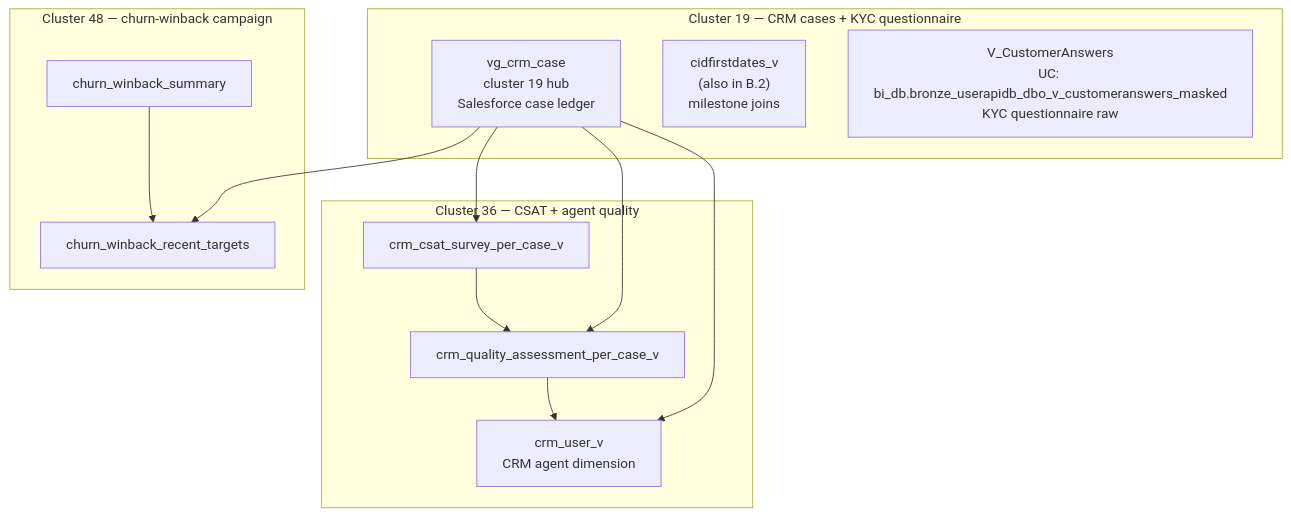
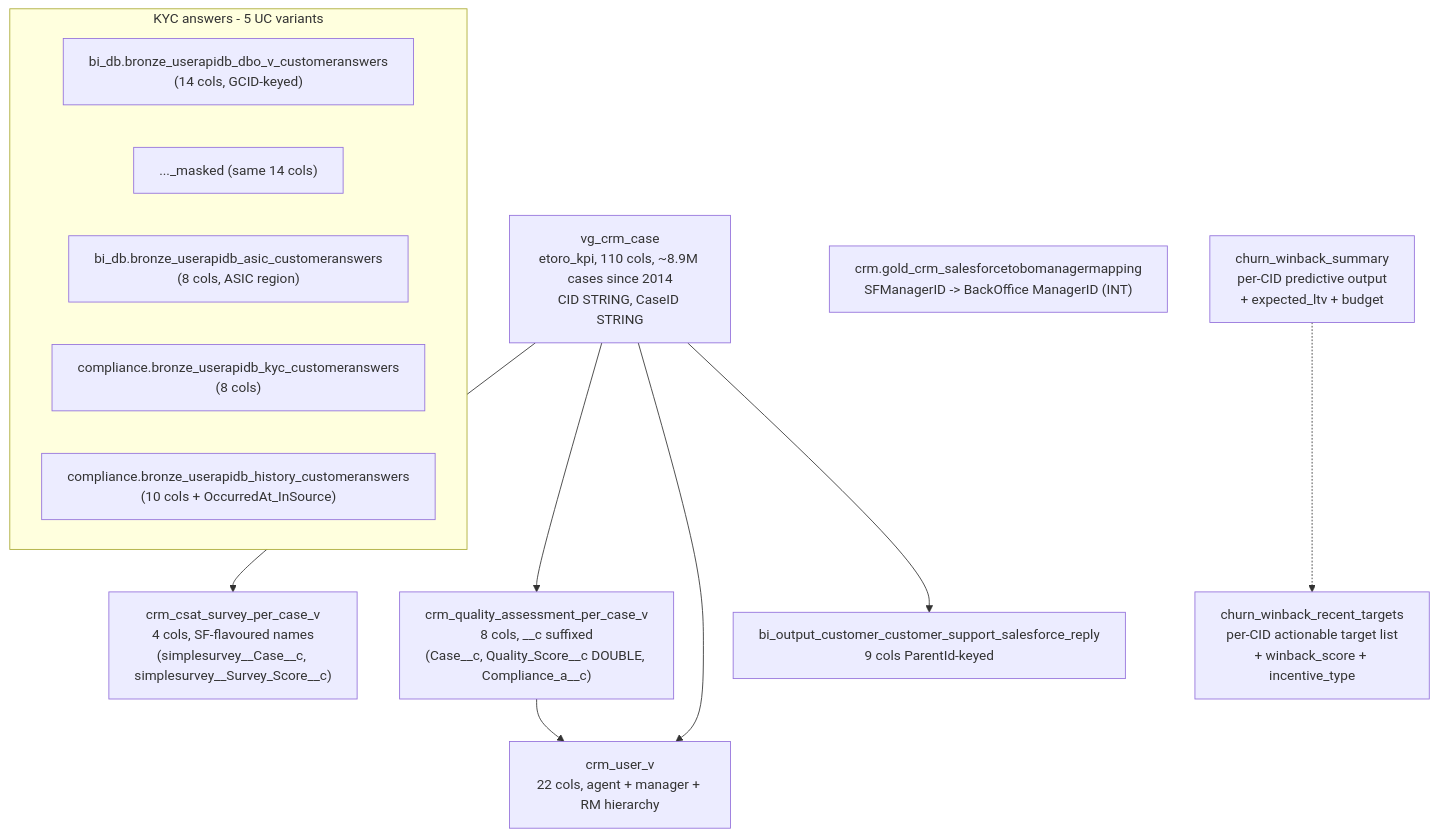
Before and after one commit to guyman-tr/Databricks_Knowledge: the diagram in knowledge/skills/domain-customer-and-identity/crm-cases-csat-and-churn.md, drawn with Mermaid. The commit also changed other lines of this file, not shown here.

First line of the commit message:
domain-customer-and-identity/crm-cases-csat-and-churn v1 -> v2: SpecKit rebuild

````diff
--- a/knowledge/skills/domain-customer-and-identity/crm-cases-csat-and-churn.md
+++ b/knowledge/skills/domain-customer-and-identity/crm-cases-csat-and-churn.md
@@ -67,27 +190,28 @@
 ```mermaid
 graph TB
-    subgraph Cases [Cluster 19 — CRM cases + KYC questionnaire]
-      Case["vg_crm_case<br/>cluster 19 hub<br/>Salesforce case ledger"]
-      FD["cidfirstdates_v<br/>(also in B.2)<br/>milestone joins"]
-      KYCAnswers["V_CustomerAnswers<br/>UC: bi_db.bronze_userapidb_dbo_v_customeranswers_masked<br/>KYC questionnaire raw"]
-    end
-
-    subgraph CSAT [Cluster 36 — CSAT + agent quality]
-      Csat["crm_csat_survey_per_case_v"]
-      QA["crm_quality_assessment_per_case_v"]
-      Agent["crm_user_v<br/>CRM agent dimension"]
-      Csat --> QA
-      QA --> Agent
-    end
-
-    subgraph Churn [Cluster 48 — churn-winback campaign]
-      Sum["churn_winback_summary"]
-      Tgt["churn_winback_recent_targets"]
-      Sum --> Tgt
-    end
+    Case["vg_crm_case<br/>etoro_kpi, 110 cols, ~8.9M cases since 2014<br/>CID STRING, CaseID STRING"]
+    Csat["crm_csat_survey_per_case_v<br/>4 cols, SF-flavoured names<br/>(simplesurvey__Case__c, simplesurvey__Survey_Score__c)"]
+    QA["crm_quality_assessment_per_case_v<br/>8 cols, __c suffixed<br/>(Case__c, Quality_Score__c DOUBLE, Compliance_a__c)"]
+    User["crm_user_v<br/>22 cols, agent + manager + RM hierarchy"]
+    Reply["bi_output_customer_customer_support_salesforce_reply<br/>9 cols ParentId-keyed"]
+    Map["crm.gold_crm_salesforcetobomanagermapping<br/>SFManagerID -> BackOffice ManagerID (INT)"]
 
     Case --> Csat
     Case --> QA
-    Case --> Agent
-    Case --> Tgt
+    QA --> User
+    Case --> User
+    Case --> Reply
+
+    subgraph KYC [KYC answers - 5 UC variants]
+      direction LR
+      Dbo["bi_db.bronze_userapidb_dbo_v_customeranswers<br/>(14 cols, GCID-keyed)"]
+      Masked["..._masked (same 14 cols)"]
+      ASIC["bi_db.bronze_userapidb_asic_customeranswers<br/>(8 cols, ASIC region)"]
+      KYCv["compliance.bronze_userapidb_kyc_customeranswers<br/>(8 cols)"]
+      Hist["compliance.bronze_userapidb_history_customeranswers<br/>(10 cols + OccurredAt_InSource)"]
+    end
+
+    Sum["churn_winback_summary<br/>per-CID predictive output<br/>+ expected_ltv + budget"]
+    Tgt["churn_winback_recent_targets<br/>per-CID actionable target list<br/>+ winback_score + incentive_type"]
+    Sum -.-> Tgt
 ```
````
